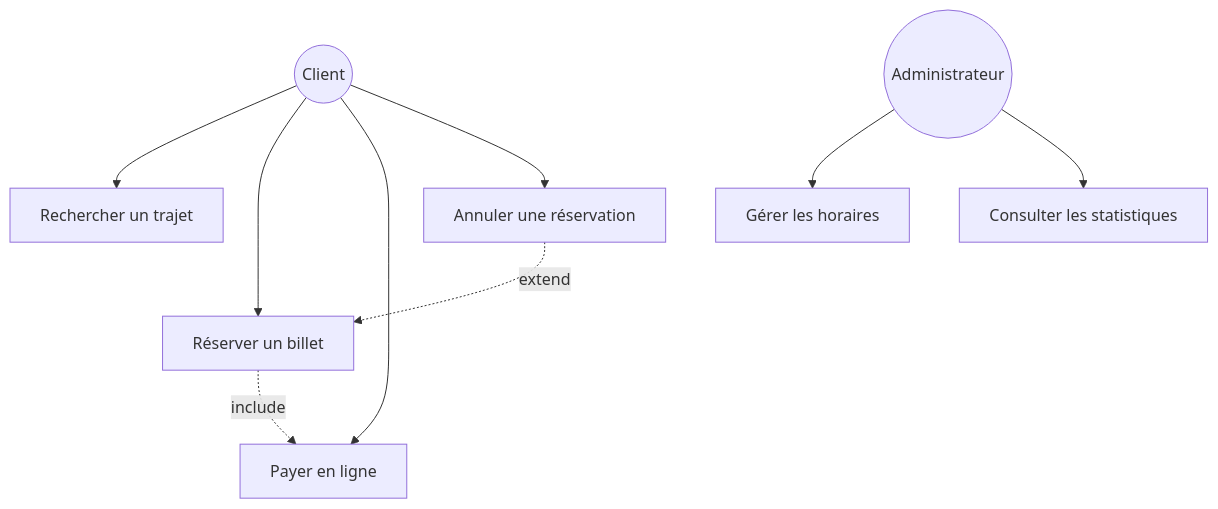
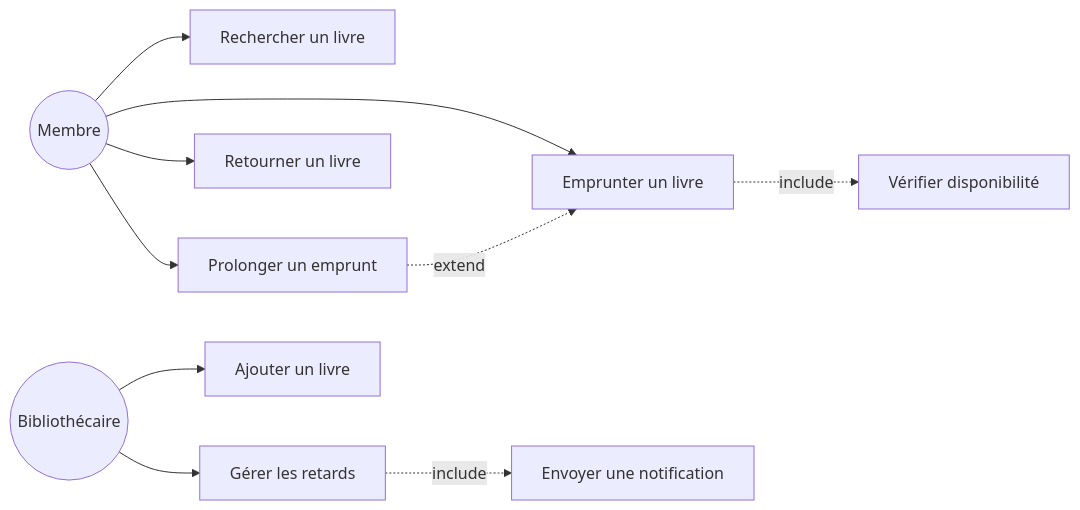
One commit to JR-CIEL-2-PROGRAMMATION/uml-learning changed the second of 2 diagrams in 04-diagramme-cas-utilisation/notes.md. Above: the diagram before and after it, drawn with Mermaid. The commit also changed other lines of this file and 5 other files, not shown here.

````diff
--- a/04-diagramme-cas-utilisation/notes.md
+++ b/04-diagramme-cas-utilisation/notes.md
@@ -18,15 +152,16 @@
 ```mermaid
-graph TD
-    Client((Client))
-    Admin((Administrateur))
+graph LR
+    Membre((Membre))
+    Biblio((Bibliothécaire))
 
-    Client --> UC1[Rechercher un trajet]
-    Client --> UC2[Réserver un billet]
-    Client --> UC3[Payer en ligne]
-    Client --> UC4[Annuler une réservation]
-    Admin --> UC5[Gérer les horaires]
-    Admin --> UC6[Consulter les statistiques]
+    Membre --> RechercherLivre[Rechercher un livre]
+    Membre --> EmprunterLivre[Emprunter un livre]
+    Membre --> RetournerLivre[Retourner un livre]
+    Biblio --> AjouterLivre[Ajouter un livre]
+    Biblio --> GererRetards[Gérer les retards]
 
-    UC2 -.include.-> UC3
-    UC4 -.extend.-> UC2
+    EmprunterLivre -. include .-> VerifierDispo[Vérifier disponibilité]
+    GererRetards -. include .-> EnvoyerNotif[Envoyer une notification]
+    ProlongerEmprunt[Prolonger un emprunt] -. extend .-> EmprunterLivre
+    Membre --> ProlongerEmprunt
 ```
````
